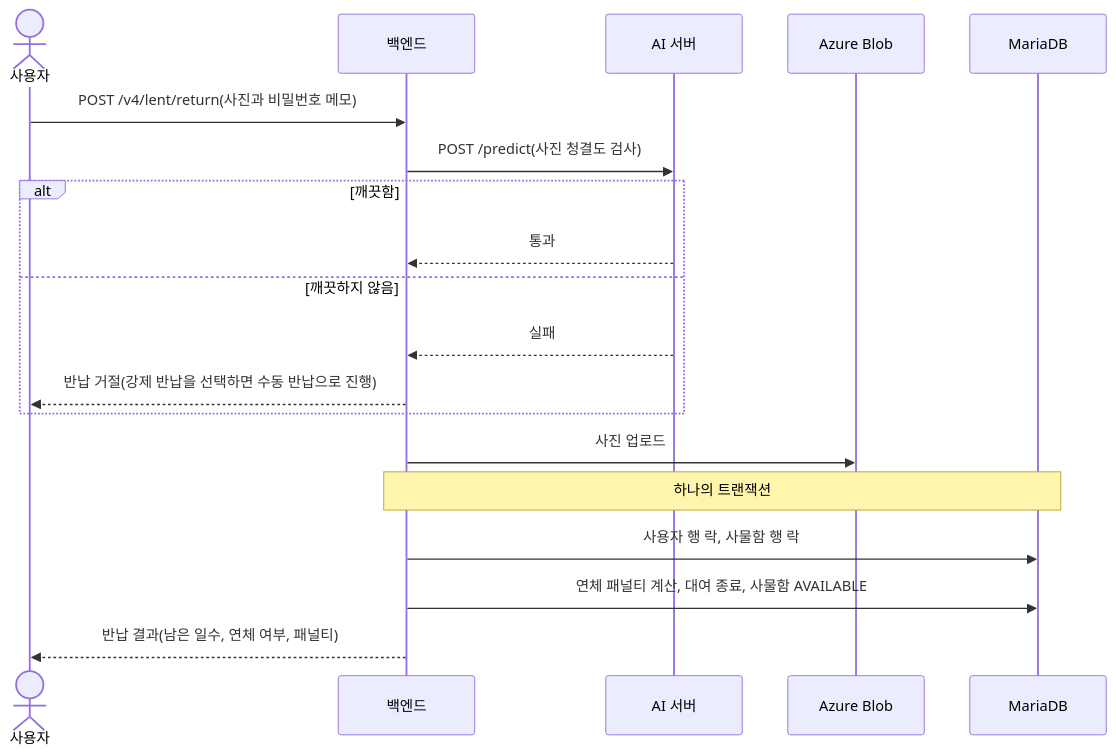
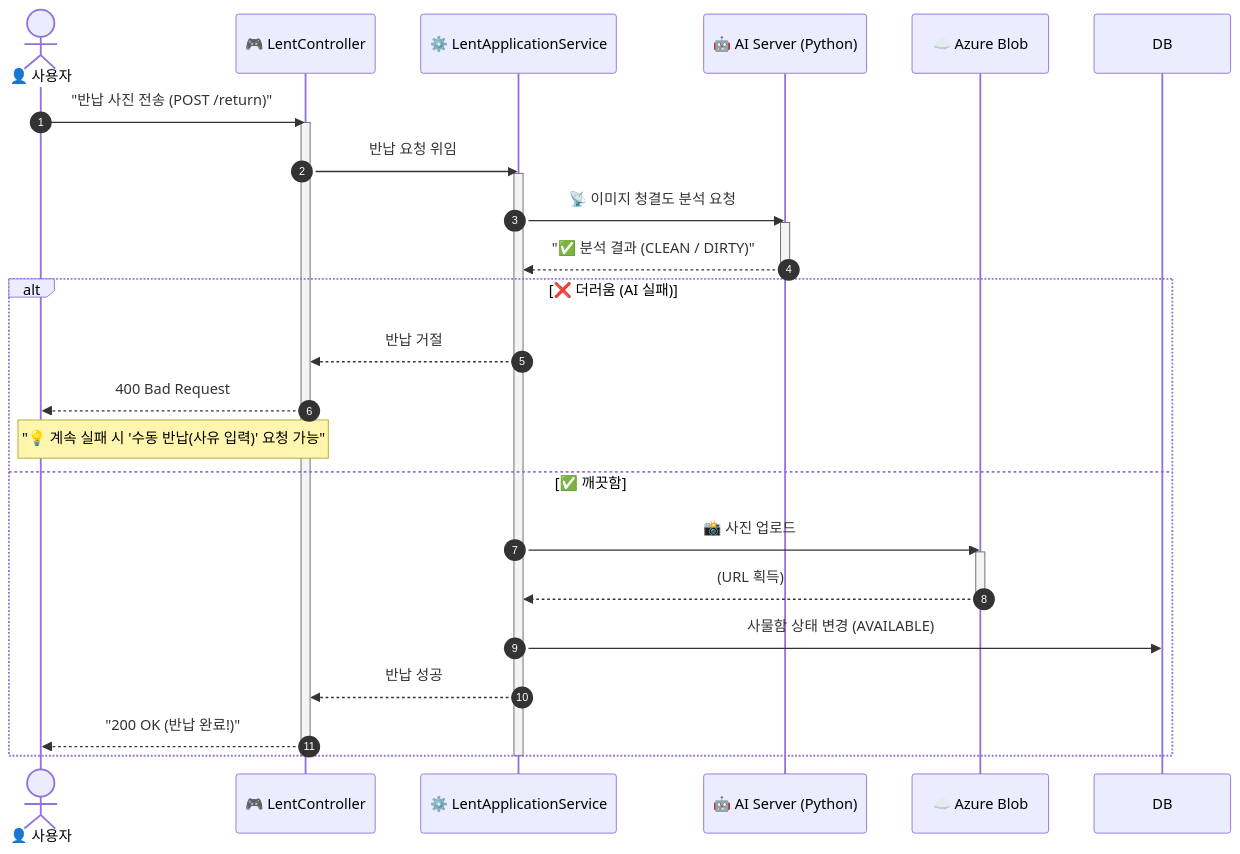
One commit to farmer0010/ft_transcendence changed the sixth of 10 diagrams in backend/README.md. Above: the diagram before and after it, drawn with Mermaid. The commit also changed other lines of this file and 373 other files, not shown here.

````diff
--- a/backend/README.md
+++ b/backend/README.md
@@ -175,22 +583,36 @@
 ```mermaid
 sequenceDiagram
-    actor U as 사용자
-    participant B as 백엔드
-    participant A as AI 서버
-    participant Z as Azure Blob
-    participant D as MariaDB
+    autonumber
+    actor User as 👤 사용자
+    participant Controller as 🎮 LentController
+    participant Service as ⚙️ LentApplicationService
+    participant AI as 🤖 AI Server (Python)
+    participant Azure as ☁️ Azure Blob
 
-    U->>B: POST /v4/lent/return(사진과 비밀번호 메모)
-    B->>A: POST /predict(사진 청결도 검사)
-    alt 깨끗함
-        A-->>B: 통과
-    else 깨끗하지 않음
-        A-->>B: 실패
-        B-->>U: 반납 거절(강제 반납을 선택하면 수동 반납으로 진행)
+    User->>Controller: "반납 사진 전송 (POST /return)"
+    activate Controller
+    Controller->>Service: 반납 요청 위임
+    activate Service
+    
+    Service->>AI: 📡 이미지 청결도 분석 요청
+    activate AI
+    AI-->>Service: "✅ 분석 결과 (CLEAN / DIRTY)"
+    deactivate AI
+
+    alt ❌ 더러움 (AI 실패)
+        Service-->>Controller: 반납 거절
+        Controller-->>User: 400 Bad Request
+        Note over User, Controller: "💡 계속 실패 시 '수동 반납(사유 입력)' 요청 가능"
+    else ✅ 깨끗함
+        Service->>Azure: 📸 사진 업로드
+        activate Azure
+        Azure-->>Service: (URL 획득)
+        deactivate Azure
+
+        Service->>DB: 사물함 상태 변경 (AVAILABLE)
+        Service-->>Controller: 반납 성공
+        Controller-->>User: "200 OK (반납 완료!)"
     end
-    B->>Z: 사진 업로드
-    Note over B,D: 하나의 트랜잭션
-    B->>D: 사용자 행 락, 사물함 행 락
-    B->>D: 연체 패널티 계산, 대여 종료, 사물함 AVAILABLE
-    B-->>U: 반납 결과(남은 일수, 연체 여부, 패널티)
+    deactivate Service
+    deactivate Controller
 ```
````
